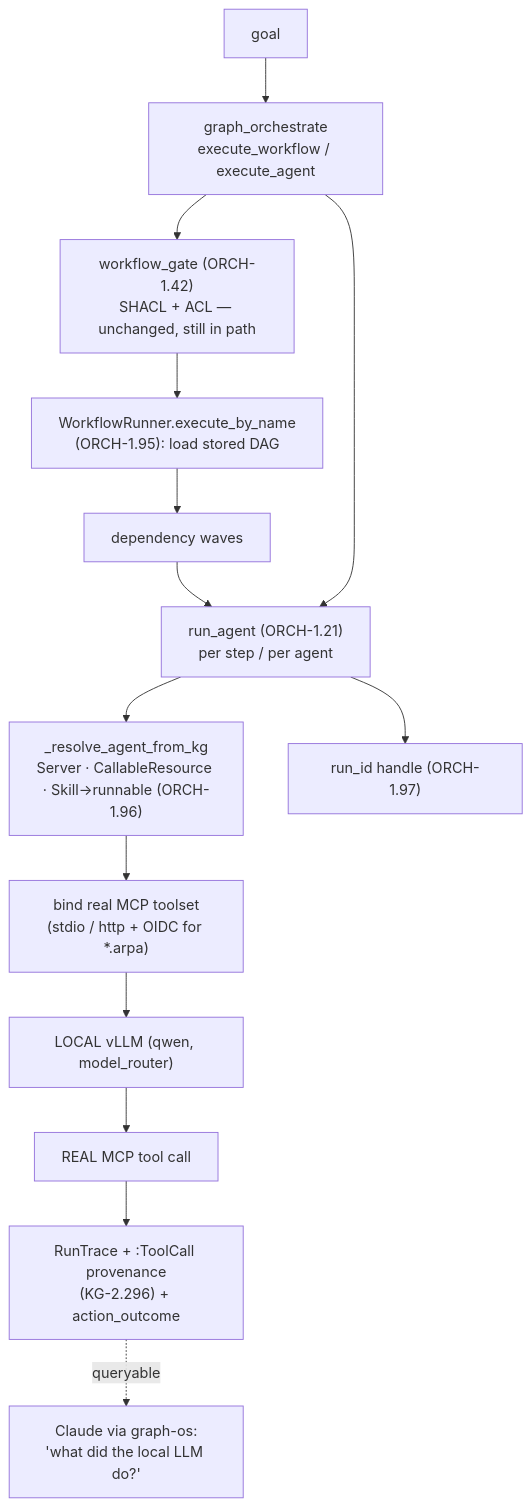
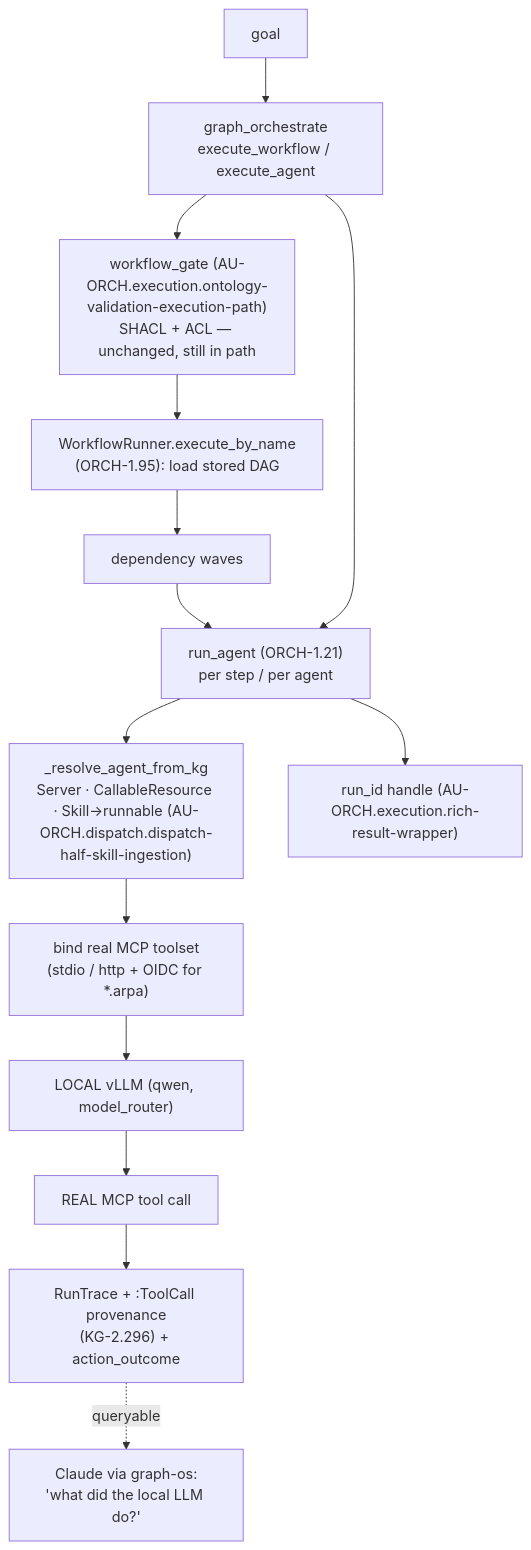
One commit to Knuckles-Team/agent-utilities changed the diagram in docs/architecture/orchestration-execution-seam.md. Above: the diagram before and after it, drawn with Mermaid. The commit also changed other lines of this file and 2324 other files, not shown here.

````diff
--- a/docs/architecture/orchestration-execution-seam.md
+++ b/docs/architecture/orchestration-execution-seam.md
@@ -25,16 +25,16 @@
 ```mermaid
 flowchart TD
     G[goal] --> O["graph_orchestrate<br/>execute_workflow / execute_agent"]
-    O --> GATE["workflow_gate (ORCH-1.42)<br/>SHACL + ACL — unchanged, still in path"]
+    O --> GATE["workflow_gate (AU-ORCH.execution.ontology-validation-execution-path)<br/>SHACL + ACL — unchanged, still in path"]
     GATE --> WR["WorkflowRunner.execute_by_name<br/>(ORCH-1.95): load stored DAG"]
     WR --> WAVE["dependency waves"]
     WAVE --> RA["run_agent (ORCH-1.21)<br/>per step / per agent"]
     O --> RA
-    RA --> RES["_resolve_agent_from_kg<br/>Server · CallableResource · Skill→runnable (ORCH-1.96)"]
+    RA --> RES["_resolve_agent_from_kg<br/>Server · CallableResource · Skill→runnable (AU-ORCH.dispatch.dispatch-half-skill-ingestion)"]
     RES --> BIND["bind real MCP toolset<br/>(stdio / http + OIDC for *.arpa)"]
     BIND --> LLM["LOCAL vLLM (qwen, model_router)"]
     LLM --> TOOL["REAL MCP tool call"]
     TOOL --> TRACE["RunTrace + :ToolCall provenance<br/>(KG-2.296) + action_outcome"]
-    RA --> RID["run_id handle (ORCH-1.97)"]
+    RA --> RID["run_id handle (AU-ORCH.execution.rich-result-wrapper)"]
     TRACE -.queryable.-> CLAUDE["Claude via graph-os:<br/>'what did the local LLM do?'"]
 ```
````
